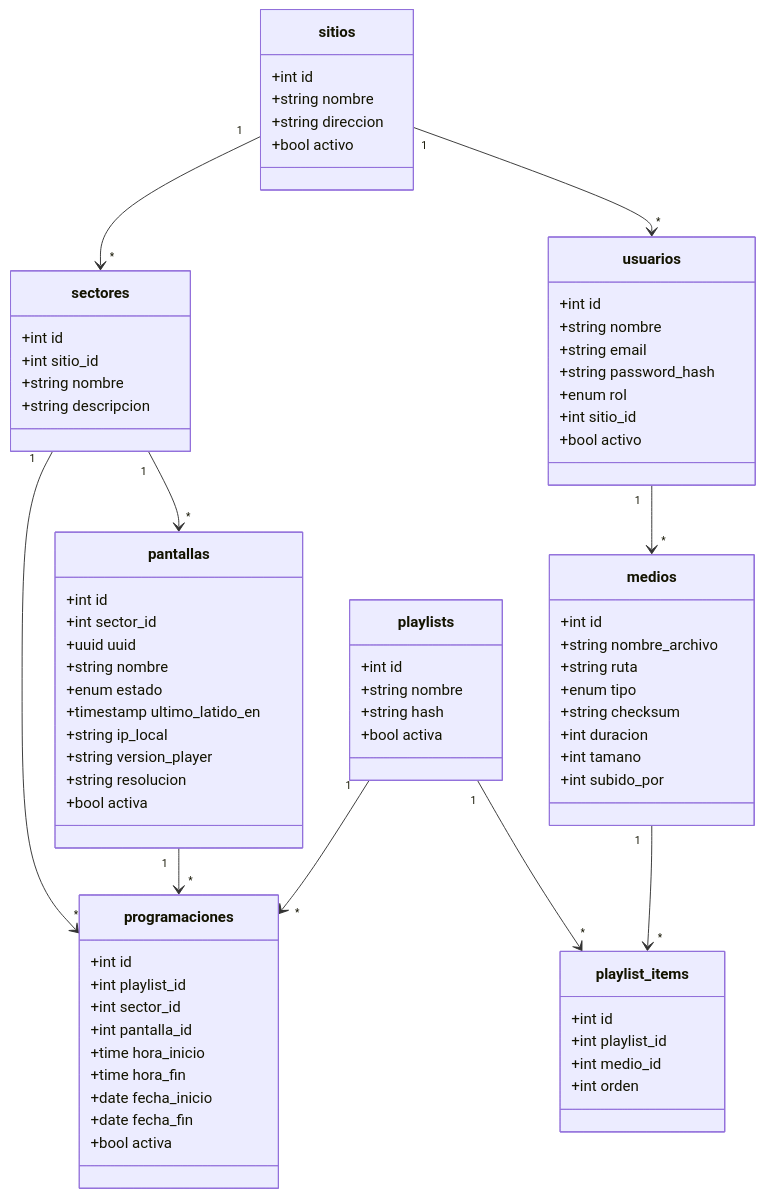
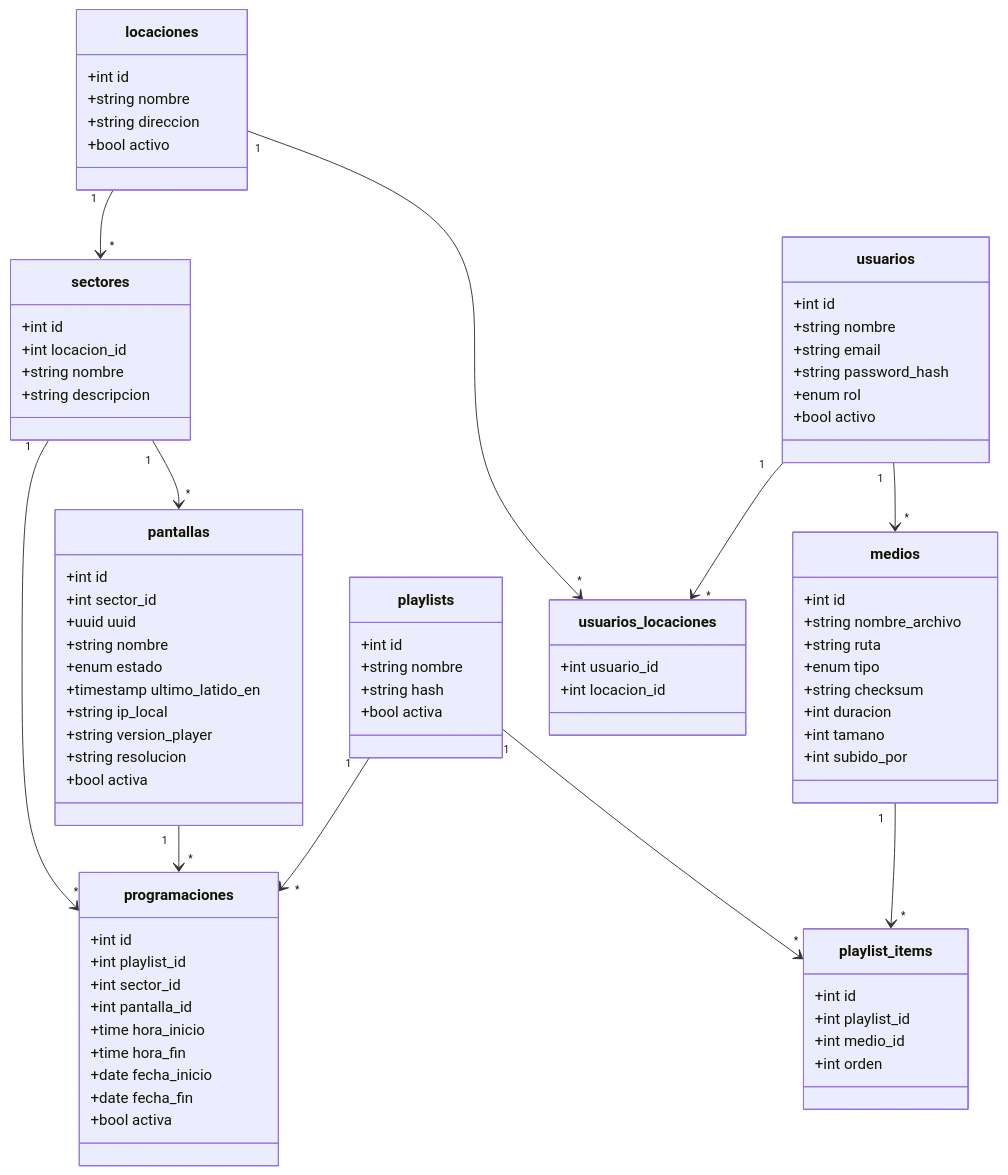
The diagram in Documentación/Producto/Modelo de datos.md (tomiloki/ACE), drawn with Mermaid before and after one commit. The commit also changed other lines of this file and 2 other files, not shown here.

````diff
--- a/Documentación/Producto/Modelo de datos.md
+++ b/Documentación/Producto/Modelo de datos.md
@@ -9,6 +12,6 @@
 ```mermaid
 classDiagram
-  class sitios {
+  class locaciones {
     +int id
     +string nombre
     +string direccion
@@ -17,7 +20,7 @@
 
   class sectores {
     +int id
-    +int sitio_id
+    +int locacion_id
     +string nombre
     +string descripcion
   }
@@ -78,12 +81,17 @@
     +string email
     +string password_hash
     +enum rol
-    +int sitio_id
     +bool activo
   }
 
-  sitios "1" --> "*" sectores
-  sitios "1" --> "*" usuarios
+  class usuarios_locaciones {
+    +int usuario_id
+    +int locacion_id
+  }
+
+  locaciones "1" --> "*" sectores
+  locaciones "1" --> "*" usuarios_locaciones
+  usuarios "1" --> "*" usuarios_locaciones
   sectores "1" --> "*" pantallas
   sectores "1" --> "*" programaciones
   pantallas "1" --> "*" programaciones
````
